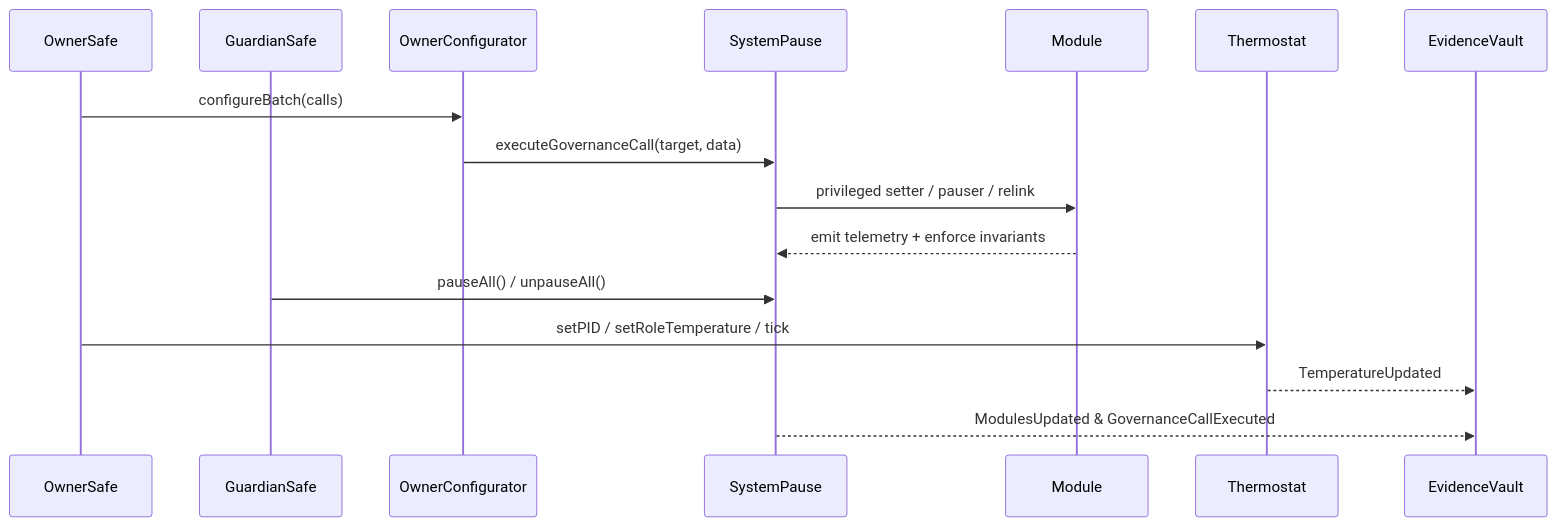
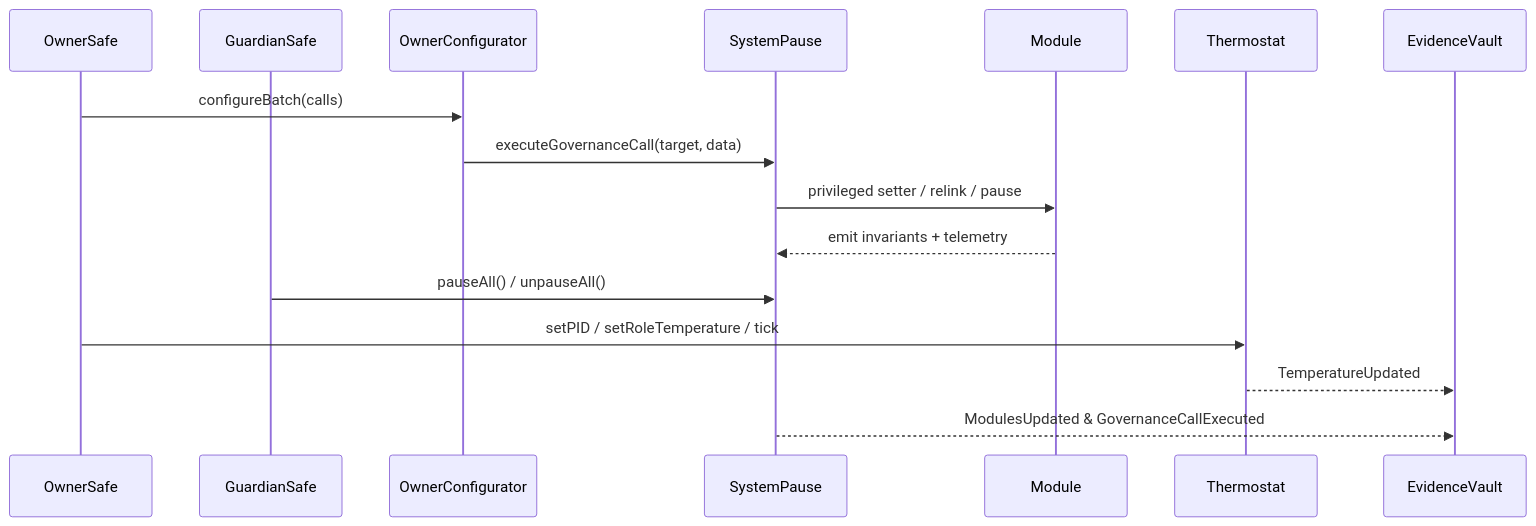
Before and after one commit to MontrealAI/agijobs-sovereign-labor-v0p1: the second of 4 diagrams in docs/README.md, drawn with Mermaid. The commit also changed other lines of this file, not shown here.

````diff
--- a/docs/README.md
+++ b/docs/README.md
@@ -130,18 +110,18 @@
 ```mermaid
 sequenceDiagram
     participant OwnerSafe
     participant GuardianSafe
     participant OwnerConfigurator
     participant SystemPause
     participant Module
     participant Thermostat
     participant EvidenceVault
     OwnerSafe->>OwnerConfigurator: configureBatch(calls)
     OwnerConfigurator->>SystemPause: executeGovernanceCall(target, data)
-    SystemPause->>Module: privileged setter / pauser / relink
-    Module-->>SystemPause: emit telemetry + enforce invariants
+    SystemPause->>Module: privileged setter / relink / pause
+    Module-->>SystemPause: emit invariants + telemetry
     GuardianSafe->>SystemPause: pauseAll() / unpauseAll()
     OwnerSafe->>Thermostat: setPID / setRoleTemperature / tick
     Thermostat-->>EvidenceVault: TemperatureUpdated
     SystemPause-->>EvidenceVault: ModulesUpdated & GovernanceCallExecuted
 ```
````
